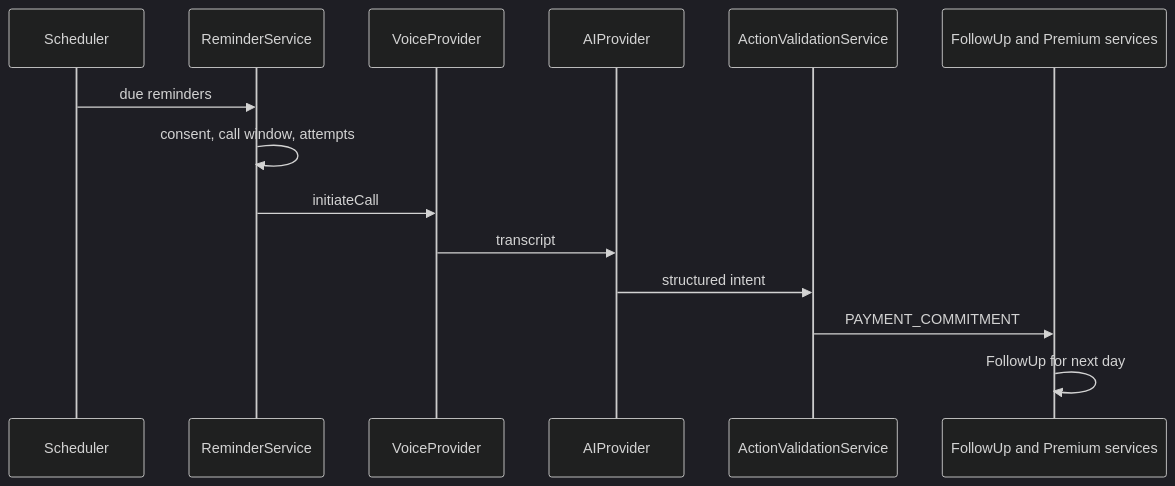
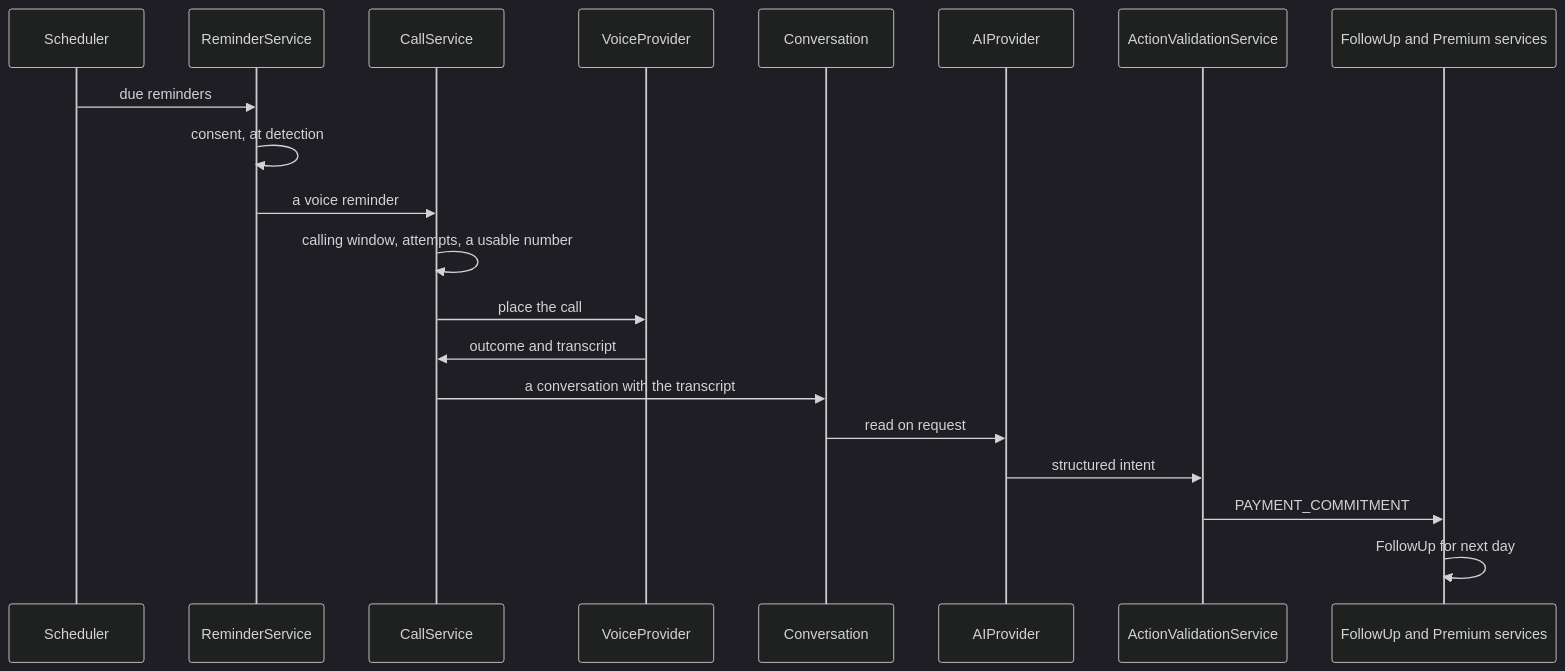
Before and after one commit to alokit169/policy-pulse: the second of 2 diagrams in ARCHITECTURE.md, drawn with Mermaid (dark theme). The commit also changed other lines of this file and 18 other files, not shown here.

````diff
--- a/ARCHITECTURE.md
+++ b/ARCHITECTURE.md
@@ -48,16 +48,22 @@
 ```mermaid
 sequenceDiagram
   participant Sch as Scheduler
   participant Rem as ReminderService
+  participant Call as CallService
   participant Voice as VoiceProvider
+  participant Conv as Conversation
   participant AI as AIProvider
   participant Val as ActionValidationService
   participant Biz as FollowUp and Premium services
   Sch->>Rem: due reminders
-  Rem->>Rem: consent, call window, attempts
-  Rem->>Voice: initiateCall
-  Voice->>AI: transcript
+  Rem->>Rem: consent, at detection
+  Rem->>Call: a voice reminder
+  Call->>Call: calling window, attempts, a usable number
+  Call->>Voice: place the call
+  Voice->>Call: outcome and transcript
+  Call->>Conv: a conversation with the transcript
+  Conv->>AI: read on request
   AI->>Val: structured intent
   Val->>Biz: PAYMENT_COMMITMENT
   Biz->>Biz: FollowUp for next day
 ```
````
